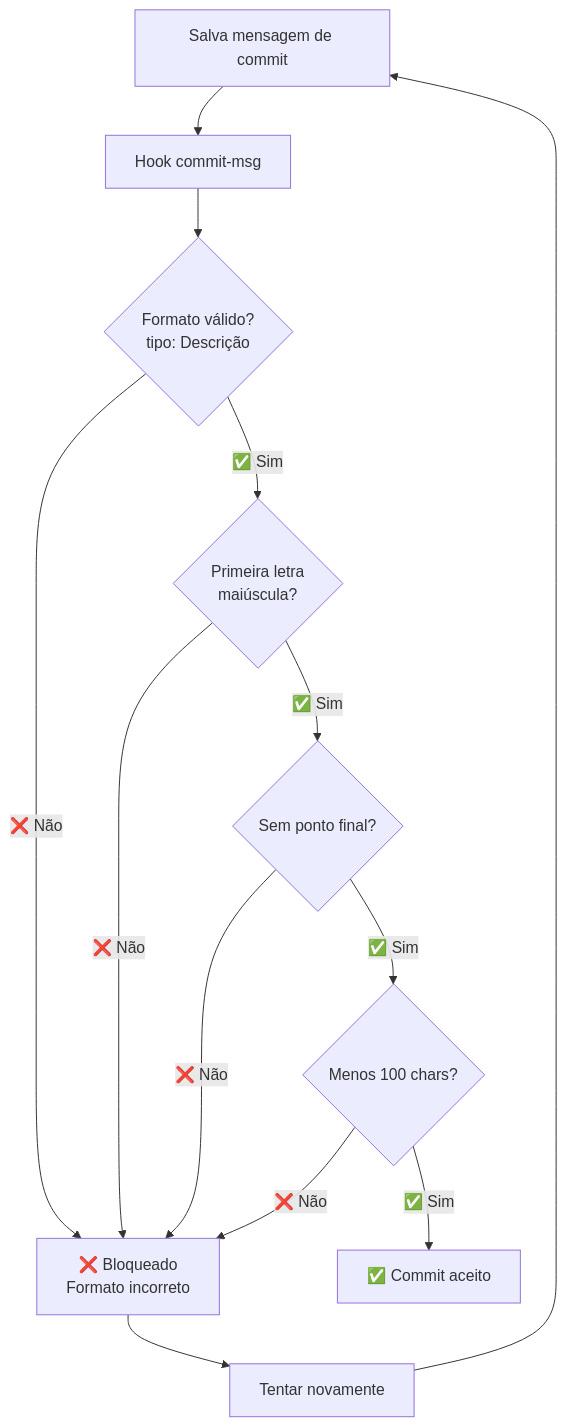
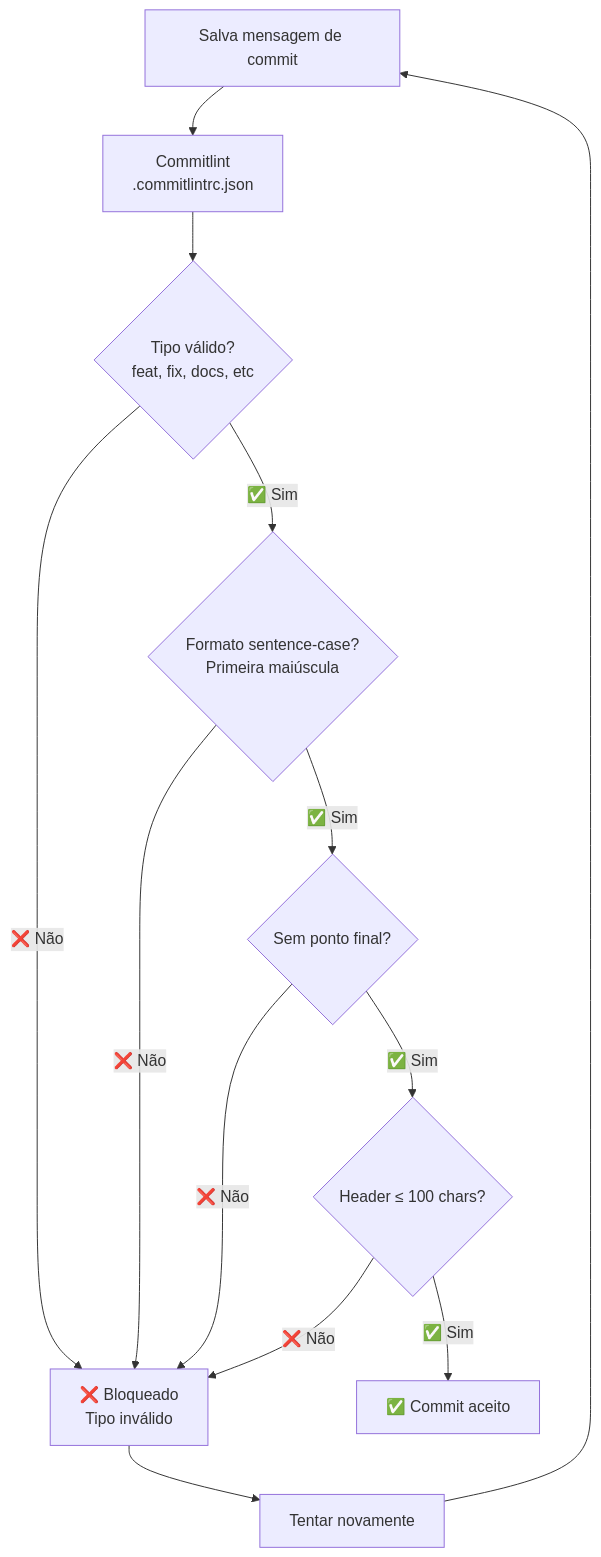
One commit to jorelrx/PrismaPrimeMarketAPI changed the eighth of 10 diagrams in docs/CI_FLOWCHART.md. Above: the diagram before and after it, drawn with Mermaid. The commit also changed other lines of this file and 5 other files, not shown here.

Commit message:
feat: Add pre-commit hook and update documentation for commit-msg validation

````diff
--- a/docs/CI_FLOWCHART.md
+++ b/docs/CI_FLOWCHART.md
@@ -176,15 +179,15 @@
 ```mermaid
 flowchart TD
-    A[Salva mensagem de commit] --> B[Hook commit-msg]
-    B --> C{Formato válido?<br/>tipo: Descrição}
-    C -->|❌ Não| D[❌ Bloqueado<br/>Formato incorreto]
-    C -->|✅ Sim| E{Primeira letra<br/>maiúscula?}
+    A[Salva mensagem de commit] --> B[Commitlint<br/>.commitlintrc.json]
+    B --> C{Tipo válido?<br/>feat, fix, docs, etc}
+    C -->|❌ Não| D[❌ Bloqueado<br/>Tipo inválido]
+    C -->|✅ Sim| E{Formato sentence-case?<br/>Primeira maiúscula}
     E -->|❌ Não| D
     E -->|✅ Sim| F{Sem ponto final?}
     F -->|❌ Não| D
-    F -->|✅ Sim| G{Menos 100 chars?}
+    F -->|✅ Sim| G{Header ≤ 100 chars?}
     G -->|❌ Não| D
     G -->|✅ Sim| H[✅ Commit aceito]
     D --> I[Tentar novamente]
     I --> A
 ```
````
